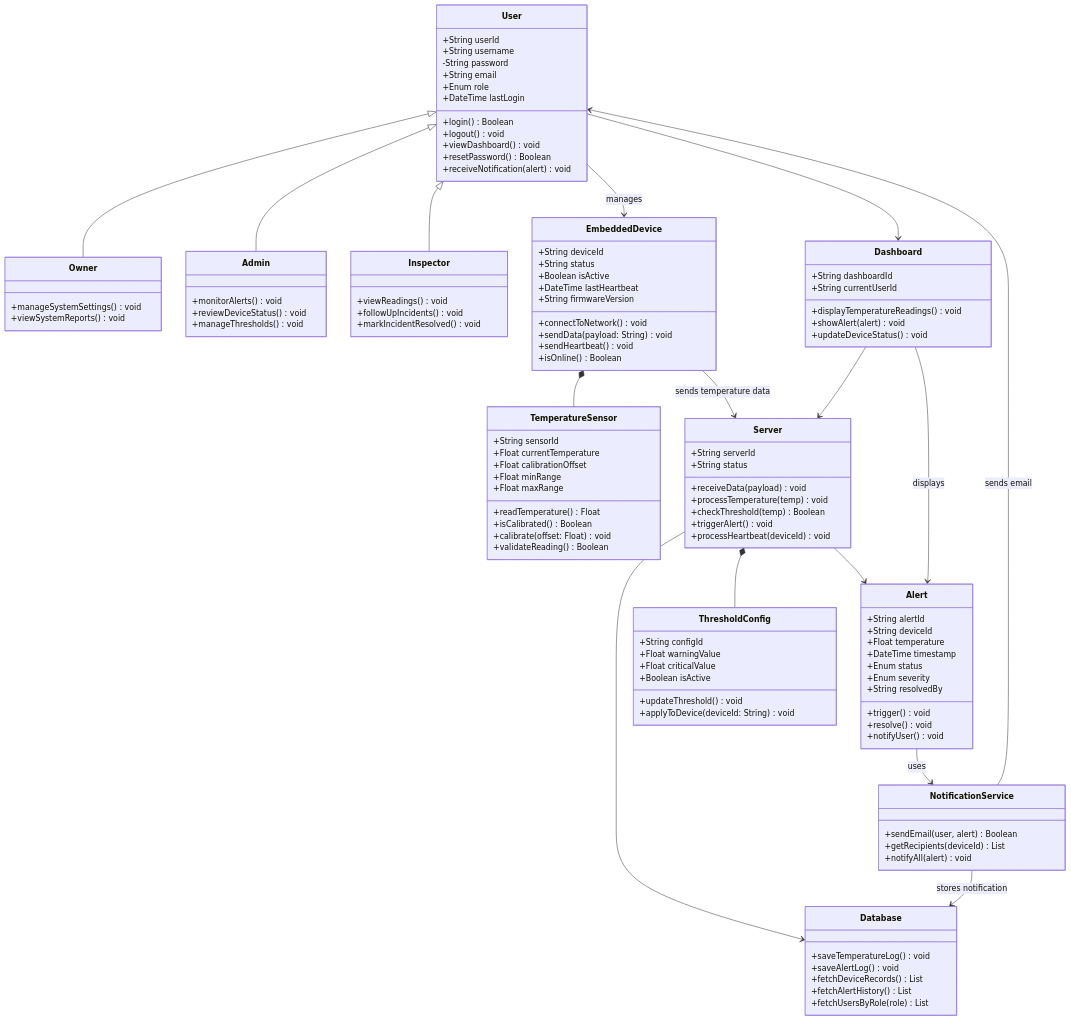
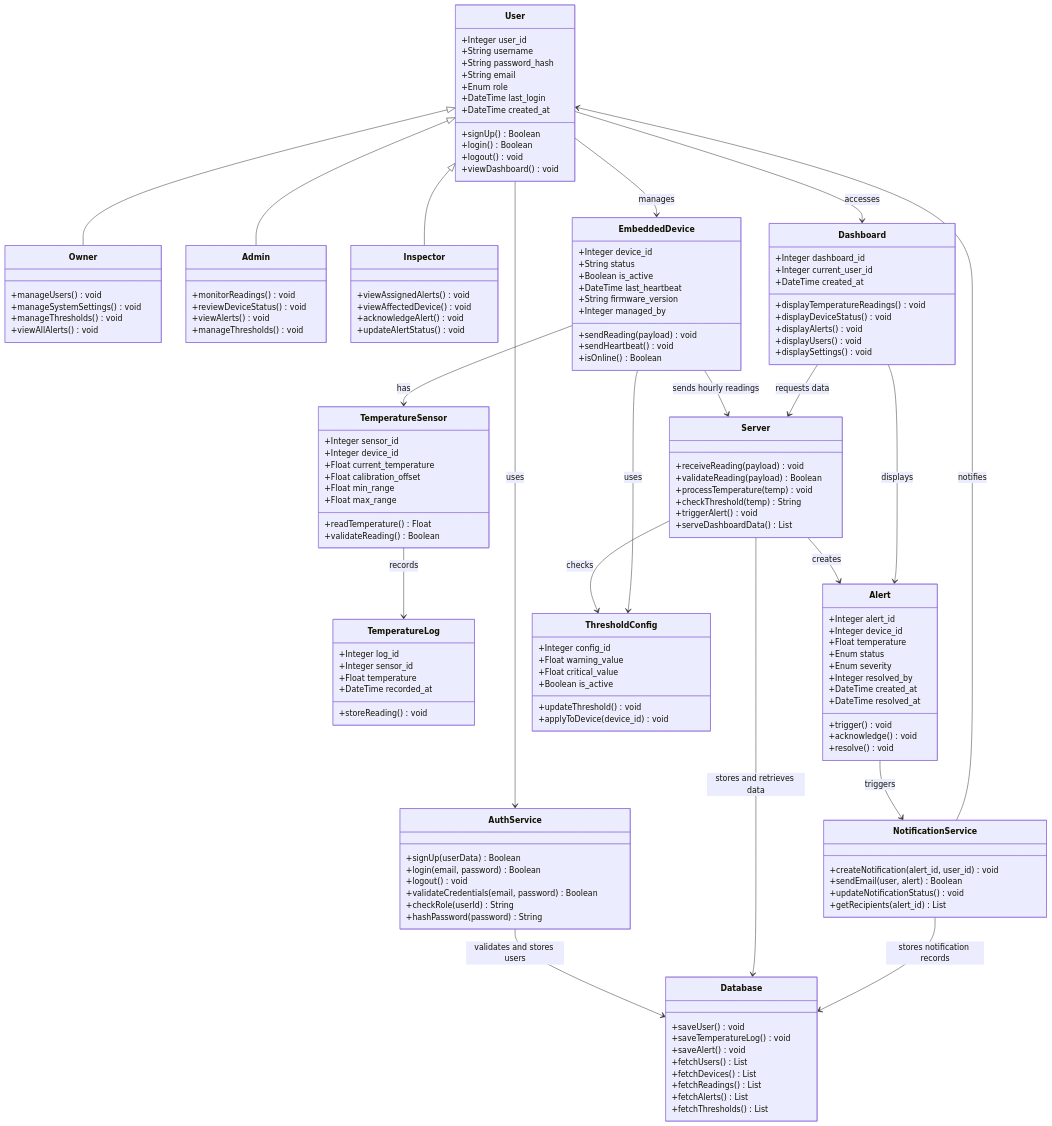
One commit to rabea14180-max/Portfolio-Project changed the diagram in Stage 3/2. Define Components, Classes, and Database Design/ER Diagram.md. Above: the diagram before and after it, drawn with Mermaid. The commit also changed other lines of this file, not shown here.

Commit message:
Update ER Diagram.md

````diff
--- a/Stage 3/2. Define Components, Classes, and Database Design/ER Diagram.md
+++ b/Stage 3/2. Define Components, Classes, and Database Design/ER Diagram.md
@@ -179,132 +207,165 @@
 ```mermaid
 classDiagram
     class User {
-        +String userId
+        +Integer user_id
         +String username
-        -String password
+        +String password_hash
         +String email
         +Enum role
-        +DateTime lastLogin
+        +DateTime last_login
+        +DateTime created_at
+        +signUp() Boolean
         +login() Boolean
         +logout() void
         +viewDashboard() void
-        +resetPassword() Boolean
-        +receiveNotification(alert) void
     }
 
     class Owner {
+        +manageUsers() void
         +manageSystemSettings() void
-        +viewSystemReports() void
+        +manageThresholds() void
+        +viewAllAlerts() void
     }
 
     class Admin {
-        +monitorAlerts() void
+        +monitorReadings() void
         +reviewDeviceStatus() void
+        +viewAlerts() void
         +manageThresholds() void
     }
 
     class Inspector {
-        +viewReadings() void
-        +followUpIncidents() void
-        +markIncidentResolved() void
+        +viewAssignedAlerts() void
+        +viewAffectedDevice() void
+        +acknowledgeAlert() void
+        +updateAlertStatus() void
+    }
+
+    class AuthService {
+        +signUp(userData) Boolean
+        +login(email, password) Boolean
+        +logout() void
+        +validateCredentials(email, password) Boolean
+        +checkRole(userId) String
+        +hashPassword(password) String
     }
 
     class EmbeddedDevice {
-        +String deviceId
+        +Integer device_id
         +String status
-        +Boolean isActive
-        +DateTime lastHeartbeat
-        +String firmwareVersion
-        +connectToNetwork() void
-        +sendData(payload: String) void
+        +Boolean is_active
+        +DateTime last_heartbeat
+        +String firmware_version
+        +Integer managed_by
+        +sendReading(payload) void
         +sendHeartbeat() void
         +isOnline() Boolean
     }
 
     class TemperatureSensor {
-        +String sensorId
-        +Float currentTemperature
-        +Float calibrationOffset
-        +Float minRange
-        +Float maxRange
+        +Integer sensor_id
+        +Integer device_id
+        +Float current_temperature
+        +Float calibration_offset
+        +Float min_range
+        +Float max_range
         +readTemperature() Float
-        +isCalibrated() Boolean
-        +calibrate(offset: Float) void
         +validateReading() Boolean
     }
 
+    class TemperatureLog {
+        +Integer log_id
+        +Integer sensor_id
+        +Float temperature
+        +DateTime recorded_at
+        +storeReading() void
+    }
+
     class Server {
-        +String serverId
-        +String status
-        +receiveData(payload) void
+        +receiveReading(payload) void
+        +validateReading(payload) Boolean
         +processTemperature(temp) void
-        +checkThreshold(temp) Boolean
+        +checkThreshold(temp) String
         +triggerAlert() void
-        +processHeartbeat(deviceId) void
+        +serveDashboardData() List
     }
 
     class Database {
+        +saveUser() void
         +saveTemperatureLog() void
-        +saveAlertLog() void
-        +fetchDeviceRecords() List
-        +fetchAlertHistory() List
-        +fetchUsersByRole(role) List
+        +saveAlert() void
+        +fetchUsers() List
+        +fetchDevices() List
+        +fetchReadings() List
+        +fetchAlerts() List
+        +fetchThresholds() List
     }
 
     class Alert {
-        +String alertId
-        +String deviceId
+        +Integer alert_id
+        +Integer device_id
         +Float temperature
-        +DateTime timestamp
         +Enum status
         +Enum severity
-        +String resolvedBy
+        +Integer resolved_by
+        +DateTime created_at
+        +DateTime resolved_at
         +trigger() void
+        +acknowledge() void
         +resolve() void
-        +notifyUser() void
     }
 
     class Dashboard {
-        +String dashboardId
-        +String currentUserId
+        +Integer dashboard_id
+        +Integer current_user_id
+        +DateTime created_at
         +displayTemperatureReadings() void
-        +showAlert(alert) void
-        +updateDeviceStatus() void
+        +displayDeviceStatus() void
+        +displayAlerts() void
+        +displayUsers() void
+        +displaySettings() void
     }
 
     class ThresholdConfig {
-        +String configId
-        +Float warningValue
-        +Float criticalValue
-        +Boolean isActive
+        +Integer config_id
+        +Float warning_value
+        +Float critical_value
+        +Boolean is_active
         +updateThreshold() void
-        +applyToDevice(deviceId: String) void
+        +applyToDevice(device_id) void
     }
 
     class NotificationService {
+        +createNotification(alert_id, user_id) void
         +sendEmail(user, alert) Boolean
-        +getRecipients(deviceId) List
-        +notifyAll(alert) void
+        +updateNotificationStatus() void
+        +getRecipients(alert_id) List
     }
 
     User <|-- Owner
     User <|-- Admin
     User <|-- Inspector
 
+    User --> AuthService : uses
+    AuthService --> Database : validates and stores users
+
+    User --> Dashboard : accesses
     User --> EmbeddedDevice : manages
 
-    EmbeddedDevice *-- TemperatureSensor
-    EmbeddedDevice --> Server : sends temperature data
+    EmbeddedDevice --> TemperatureSensor : has
+    TemperatureSensor --> TemperatureLog : records
 
-    Server *-- ThresholdConfig
-    Server --> Database
-    Server --> Alert
+    EmbeddedDevice --> Server : sends hourly readings
+    Server --> Database : stores and retrieves data
+    Server --> ThresholdConfig : checks
+    Server --> Alert : creates
 
-    Dashboard --> Server
+    Dashboard --> Server : requests data
     Dashboard --> Alert : displays
-    User --> Dashboard
 
-    Alert --> NotificationService : uses
-    NotificationService --> User : sends email
-    NotificationService --> Database : stores notification
+    Alert --> NotificationService : triggers
+    NotificationService --> User : notifies
+    NotificationService --> Database : stores notification records
+
+    EmbeddedDevice --> ThresholdConfig : uses
 ```
````
